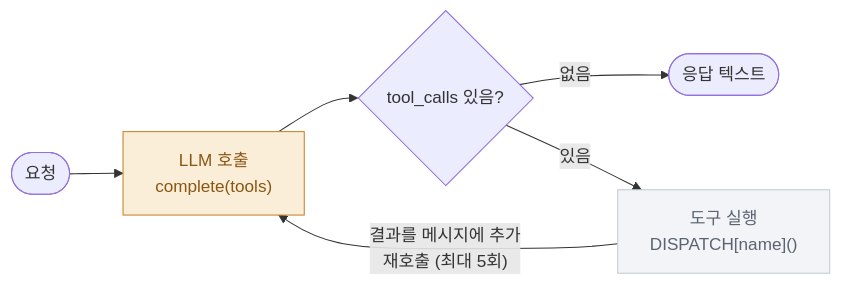
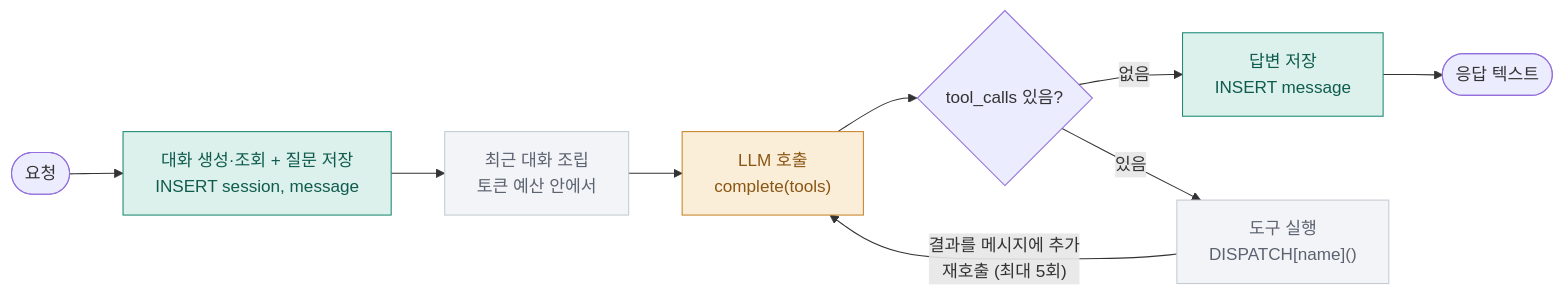
One commit to oluzr/ai-fullstack-track changed diagram 15 of 17 in API_FLOW.md. Above: the diagram before and after it, drawn with Mermaid. The commit also changed other lines of this file and 23 other files, not shown here.

````diff
--- a/API_FLOW.md
+++ b/API_FLOW.md
@@ -195,9 +206,10 @@
 ```mermaid
 flowchart LR
-  Req(["요청"]) --> L["LLM 호출<br/>complete(tools)"]:::llm --> D{"tool_calls 있음?"}
-  D -- 없음 --> Res(["응답 텍스트"])
+  Req(["요청"]) --> S["대화 생성·조회 + 질문 저장<br/>INSERT session, message"]:::db --> H["최근 대화 조립<br/>토큰 예산 안에서"]:::muted --> L["LLM 호출<br/>complete(tools)"]:::llm --> D{"tool_calls 있음?"}
+  D -- 없음 --> W["답변 저장<br/>INSERT message"]:::db --> Res(["응답 텍스트"])
   D -- 있음 --> T["도구 실행<br/>DISPATCH[name]()"]:::muted
   T -->|"결과를 메시지에 추가<br/>재호출 (최대 5회)"| L
+  classDef db fill:#dcf0ec,stroke:#1f8a76,color:#0f5c4e;
   classDef llm fill:#fbeed9,stroke:#c8842c,color:#8a5613;
   classDef muted fill:#f2f4f7,stroke:#c4cbd3,color:#5b6270;
 ```
````
